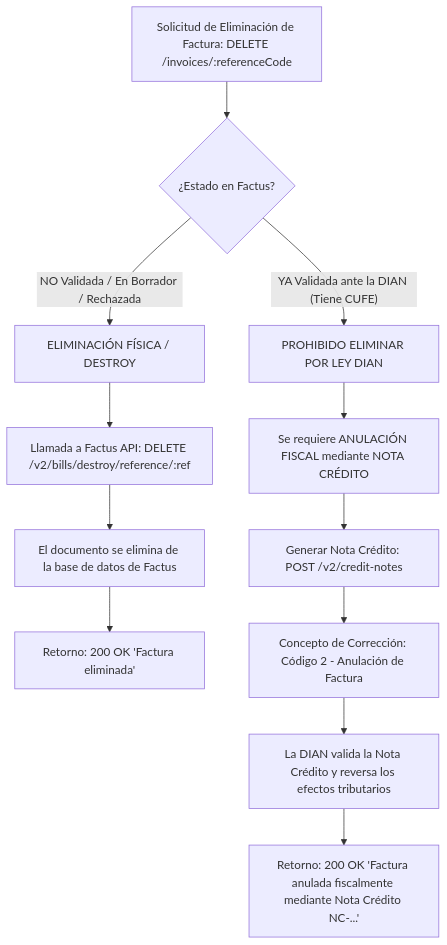
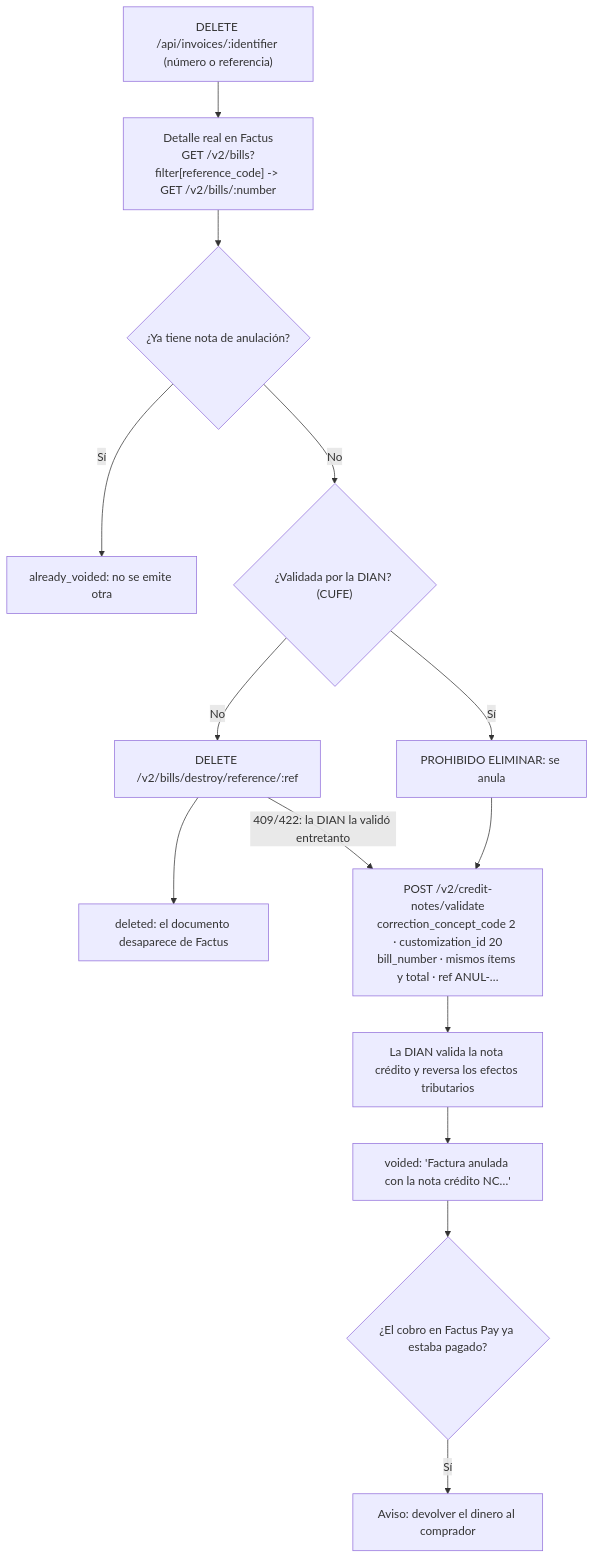
The second of 3 diagrams in docs/STAKEHOLDERS_Y_FLUJOS.md (EchoStrokes08/factus_api), drawn with Mermaid before and after one commit. The commit also changed other lines of this file and 56 other files, not shown here.

````diff
--- a/docs/STAKEHOLDERS_Y_FLUJOS.md
+++ b/docs/STAKEHOLDERS_Y_FLUJOS.md
@@ -112,16 +121,18 @@
 ```mermaid
 graph TD
-    A[Solicitud de Eliminación de Factura: DELETE /invoices/:referenceCode] --> B{¿Estado en Factus?}
-    
-    B -- "NO Validada / En Borrador / Rechazada" --> C[ELIMINACIÓN FÍSICA / DESTROY]
-    C --> D[Llamada a Factus API: DELETE /v2/bills/destroy/reference/:ref]
-    D --> E[El documento se elimina de la base de datos de Factus]
-    E --> F[Retorno: 200 OK 'Factura eliminada']
+    A["DELETE /api/invoices/:identifier (número o referencia)"] --> B["Detalle real en Factus<br/>GET /v2/bills?filter[reference_code] -> GET /v2/bills/:number"]
+    B --> V{"¿Ya tiene nota de anulación?"}
+    V -- Sí --> W["already_voided: no se emite otra"]
+    V -- No --> C{"¿Validada por la DIAN? (CUFE)"}
 
-    B -- "YA Validada ante la DIAN (Tiene CUFE)" --> G[PROHIBIDO ELIMINAR POR LEY DIAN]
-    G --> H[Se requiere ANULACIÓN FISCAL mediante NOTA CRÉDITO]
-    H --> I[Generar Nota Crédito: POST /v2/credit-notes]
-    I --> J[Concepto de Corrección: Código 2 - Anulación de Factura]
-    J --> K[La DIAN valida la Nota Crédito y reversa los efectos tributarios]
-    K --> L[Retorno: 200 OK 'Factura anulada fiscalmente mediante Nota Crédito NC-...']
+    C -- "No" --> D["DELETE /v2/bills/destroy/reference/:ref"]
+    D --> E["deleted: el documento desaparece de Factus"]
+    D -- "409/422: la DIAN la validó entretanto" --> H
+
+    C -- "Sí" --> G["PROHIBIDO ELIMINAR: se anula"]
+    G --> H["POST /v2/credit-notes/validate<br/>correction_concept_code 2 · customization_id 20<br/>bill_number · mismos ítems y total · ref ANUL-…"]
+    H --> K["La DIAN valida la nota crédito y reversa los efectos tributarios"]
+    K --> L["voided: 'Factura anulada con la nota crédito NC…'"]
+    L --> P{"¿El cobro en Factus Pay ya estaba pagado?"}
+    P -- Sí --> Q["Aviso: devolver el dinero al comprador"]
 ```
````
